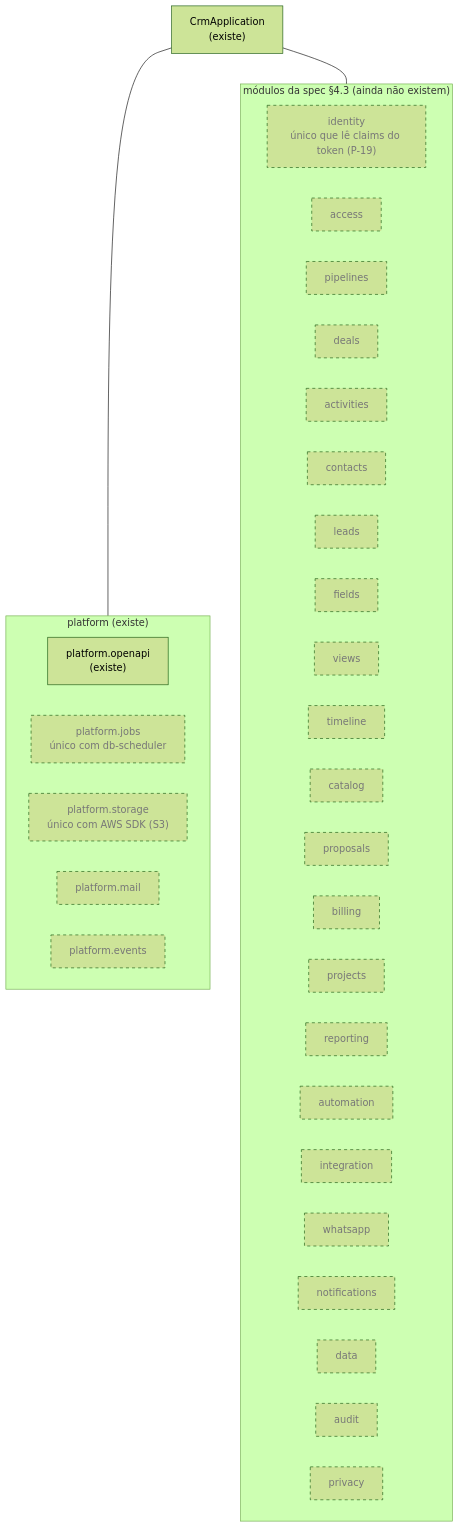
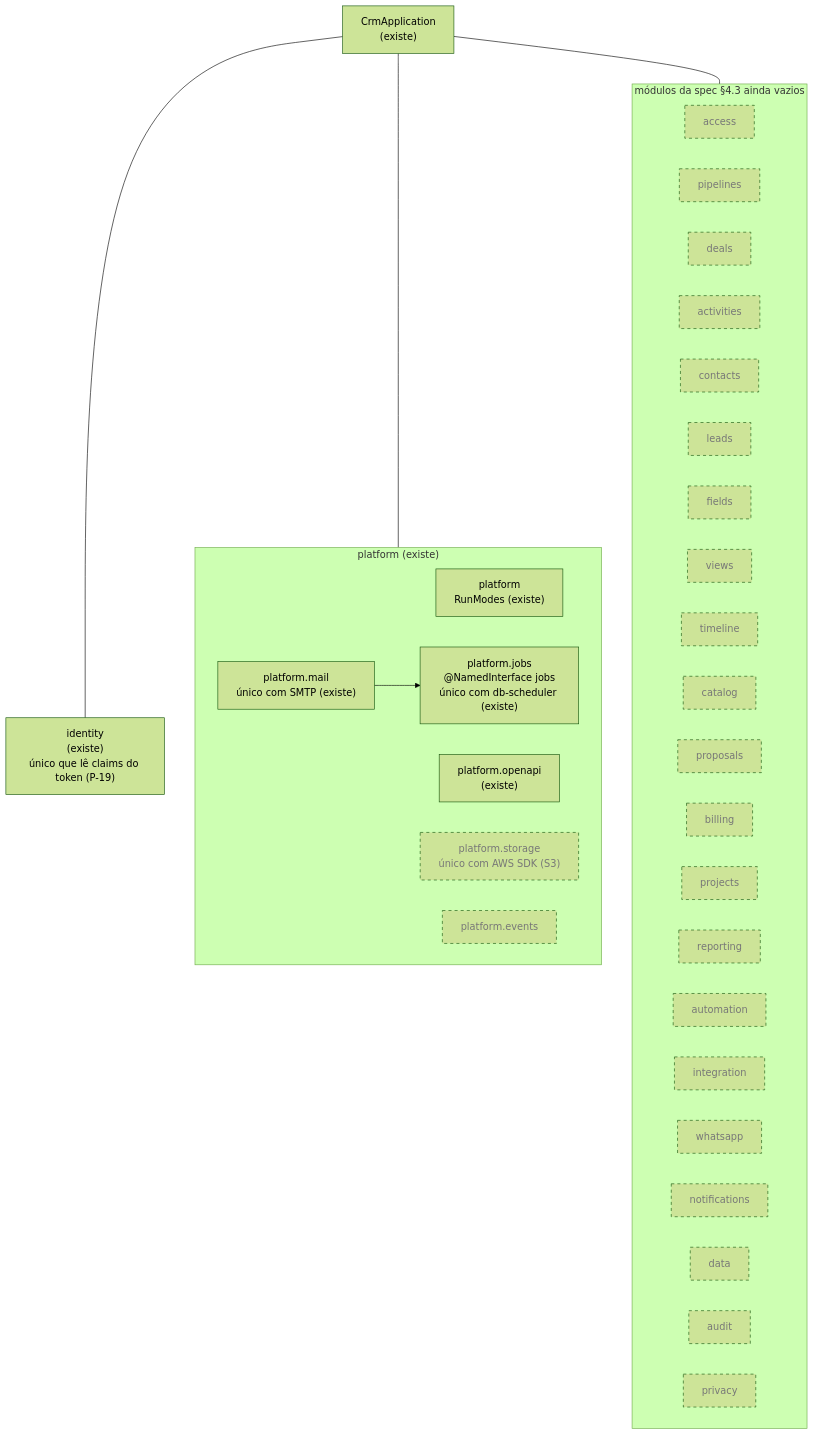
Before and after one commit to akeel-dev/crm-akeel: the diagram in docs/arquitetura/modulos.md, drawn with Mermaid (forest theme). The commit also changed other lines of this file and 2 other files, not shown here.

````diff
--- a/docs/arquitetura/modulos.md
+++ b/docs/arquitetura/modulos.md
@@ -24,43 +31,47 @@
 ```mermaid
 flowchart TB
   app["CrmApplication<br/>(existe)"]
 
+  identity["identity<br/>(existe)<br/>único que lê claims do token (P-19)"]
+
   subgraph platform["platform (existe)"]
+    runmodes["platform<br/>RunModes (existe)"]
     openapi["platform.openapi<br/>(existe)"]
-    jobs["platform.jobs<br/>único com db-scheduler"]
+    jobs["platform.jobs<br/>@NamedInterface jobs<br/>único com db-scheduler (existe)"]
+    mail["platform.mail<br/>único com SMTP (existe)"]
     storage["platform.storage<br/>único com AWS SDK (S3)"]
-    mail["platform.mail"]
     events["platform.events"]
   end
 
-  subgraph dominio["módulos da spec §4.3 (ainda não existem)"]
-    identity["identity<br/>único que lê claims do token (P-19)"]
+  subgraph dominio["módulos da spec §4.3 ainda vazios"]
     access["access"]
     pipelines["pipelines"]
     deals["deals"]
     activities["activities"]
     contacts["contacts"]
     leads["leads"]
     fields["fields"]
     views["views"]
     timeline["timeline"]
     catalog["catalog"]
     proposals["proposals"]
     billing["billing"]
     projects["projects"]
     reporting["reporting"]
     automation["automation"]
     integration["integration"]
     whatsapp["whatsapp"]
     notifications["notifications"]
     data["data"]
     audit["audit"]
     privacy["privacy"]
   end
 
+  app --- identity
   app --- platform
   app --- dominio
+  mail --> jobs
 
   classDef futuro stroke-dasharray: 5 5,color:#777;
-  class jobs,storage,mail,events,identity,access,pipelines,deals,activities,contacts,leads,fields,views,timeline,catalog,proposals,billing,projects,reporting,automation,integration,whatsapp,notifications,data,audit,privacy futuro;
+  class storage,events,access,pipelines,deals,activities,contacts,leads,fields,views,timeline,catalog,proposals,billing,projects,reporting,automation,integration,whatsapp,notifications,data,audit,privacy futuro;
 ```
````
